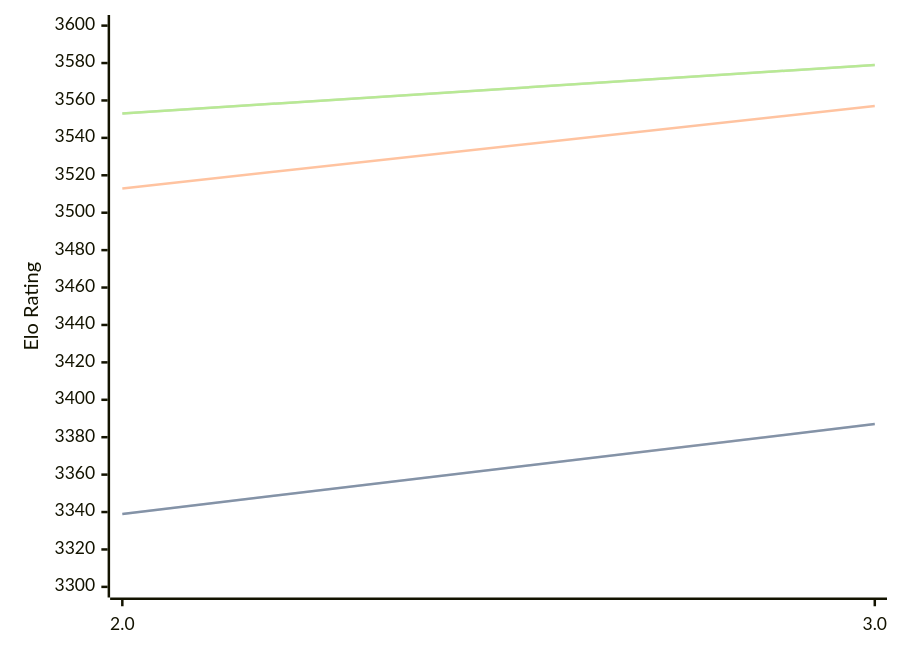
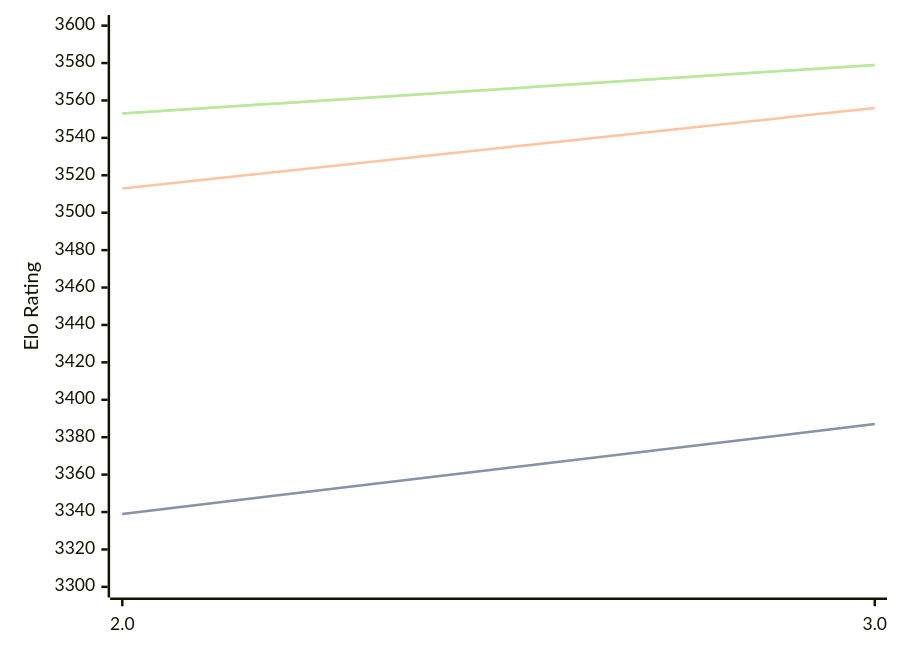
Before and after one commit to computer-chess-index/cci: the diagram in engines/Quanticade.md, drawn with Mermaid. The commit also changed other lines of this file, not shown here.

````diff
--- a/engines/Quanticade.md
+++ b/engines/Quanticade.md
@@ -39,11 +39,11 @@
 ```mermaid
 %%{init: {"theme":"base","themeVariables":{"seriesColors:['#a3a3a3','#222221','#faa371']}}}%%
 xychart-beta
   x-axis ["2.0", "3.0"]
   y-axis "Elo Rating" 3300 --> 3600
   line "STC (8.0+0.08s)" [3339, 3387]
   line "STC (8.0+0.08s)" [3339, 3387]
-  line "LTC (60.0+0.60s)" [3513, 3557]
+  line "LTC (60.0+0.60s)" [3513, 3556]
   line "VLTC (2m24s+1.12s)" [3553, 3579]
   line "VLTC (2m24s+1.12s)" [3553, 3579]
 ```
````
